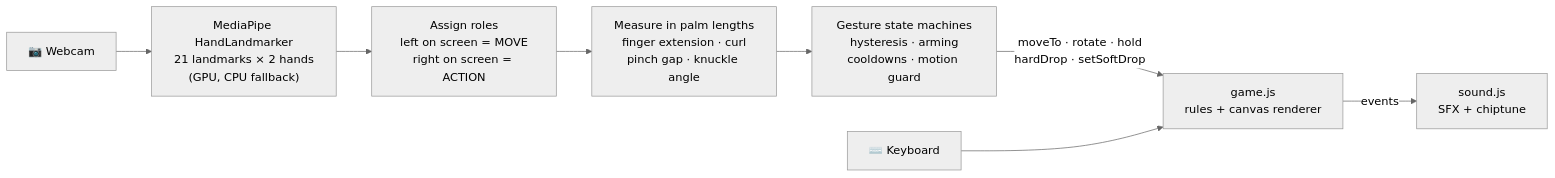
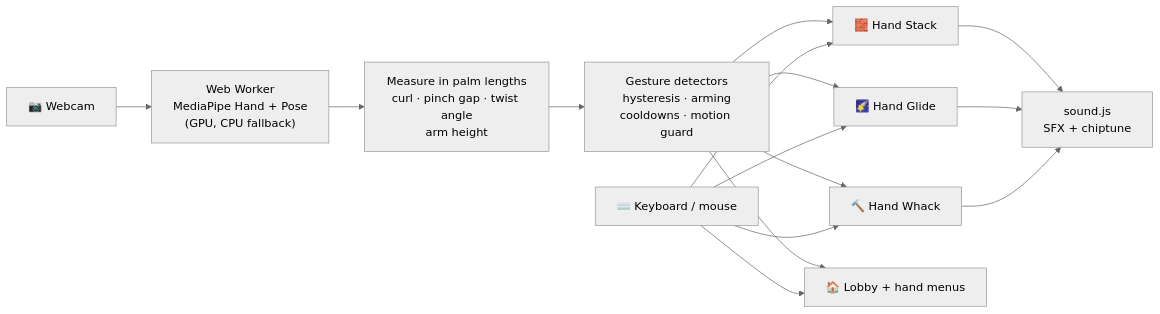
The diagram in README.md (Neev-Dhall/KCL-Hack), drawn with Mermaid (neutral theme) before and after one commit. The commit also changed other lines of this file and 11 other files, not shown here.

````diff
--- a/README.md
+++ b/README.md
@@ -151,10 +210,12 @@
 ```mermaid
 flowchart LR
-    CAM[📷 Webcam] --> MP["MediaPipe HandLandmarker<br/>21 landmarks × 2 hands<br/>(GPU, CPU fallback)"]
-    MP --> ROLES["Assign roles<br/>left on screen = MOVE<br/>right on screen = ACTION"]
-    ROLES --> MEAS["Measure in palm lengths<br/>finger extension · curl<br/>pinch gap · knuckle angle"]
-    MEAS --> GEST["Gesture state machines<br/>hysteresis · arming<br/>cooldowns · motion guard"]
-    GEST -->|"moveTo · rotate · hold<br/>hardDrop · setSoftDrop"| GAME["game.js<br/>rules + canvas renderer"]
-    KEYS[⌨️ Keyboard] --> GAME
-    GAME -->|events| SND["sound.js<br/>SFX + chiptune"]
+    CAM[📷 Webcam] --> W["Web Worker<br/>MediaPipe Hand + Pose<br/>(GPU, CPU fallback)"]
+    W --> MEAS["Measure in palm lengths<br/>curl · pinch gap · twist angle<br/>arm height"]
+    MEAS --> GEST["Gesture detectors<br/>hysteresis · arming<br/>cooldowns · motion guard"]
+    GEST --> STACK["🧱 Hand Stack"]
+    GEST --> GLIDE["🌠 Hand Glide"]
+    GEST --> WHACK["🔨 Hand Whack"]
+    GEST --> MENU["🏠 Lobby + hand menus"]
+    KEYS[⌨️ Keyboard / mouse] --> STACK & GLIDE & WHACK & MENU
+    STACK & GLIDE & WHACK --> SND["sound.js<br/>SFX + chiptune"]
 ```
````
